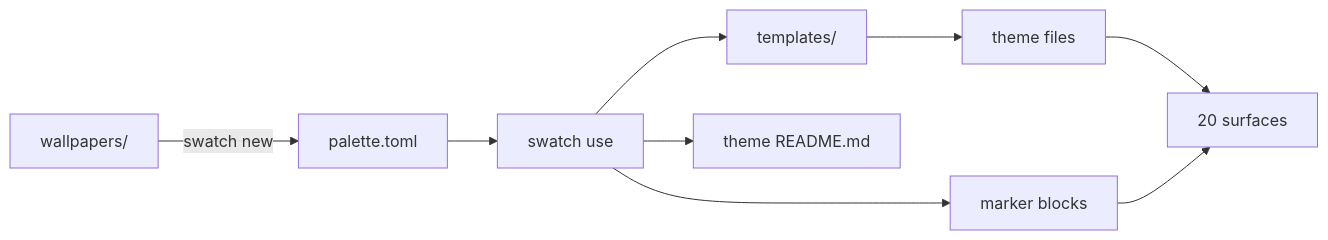
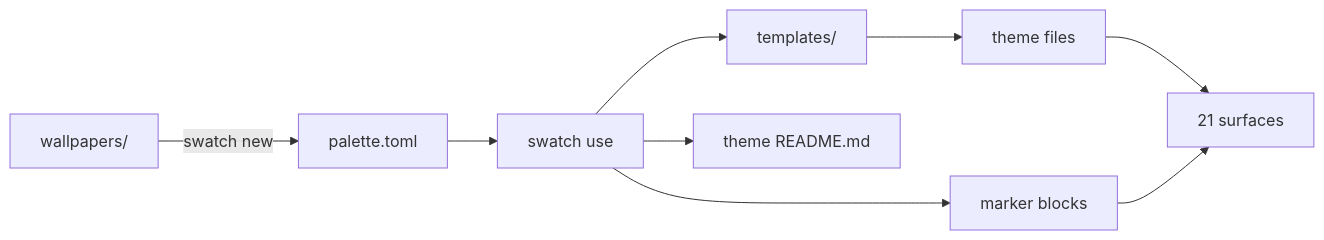
One commit to nitrimandylis/swatch changed the diagram in README.md. Above: the diagram before and after it, drawn with Mermaid. The commit also changed other lines of this file and 5 other files, not shown here.

````diff
--- a/README.md
+++ b/README.md
@@ -200,11 +201,11 @@
 ```mermaid
 flowchart LR
     W[wallpapers/] -->|swatch new| P[palette.toml]
     P --> R[swatch use]
     R --> T[templates/]
     T --> F[theme files]
     R --> M[marker blocks]
-    F --> A[20 surfaces]
+    F --> A[21 surfaces]
     M --> A
     R --> D[theme README.md]
 ```
````
